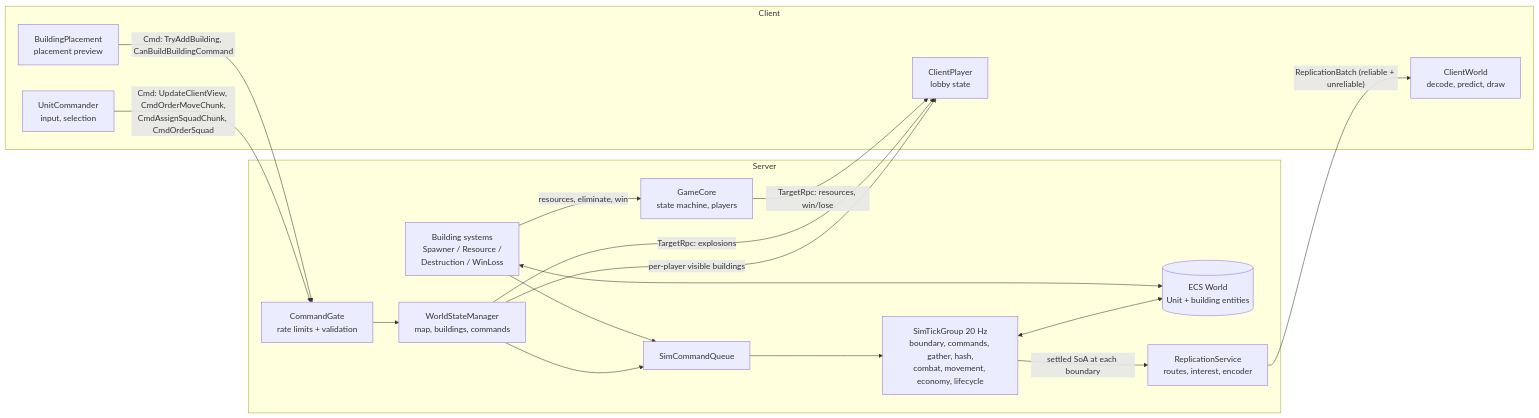
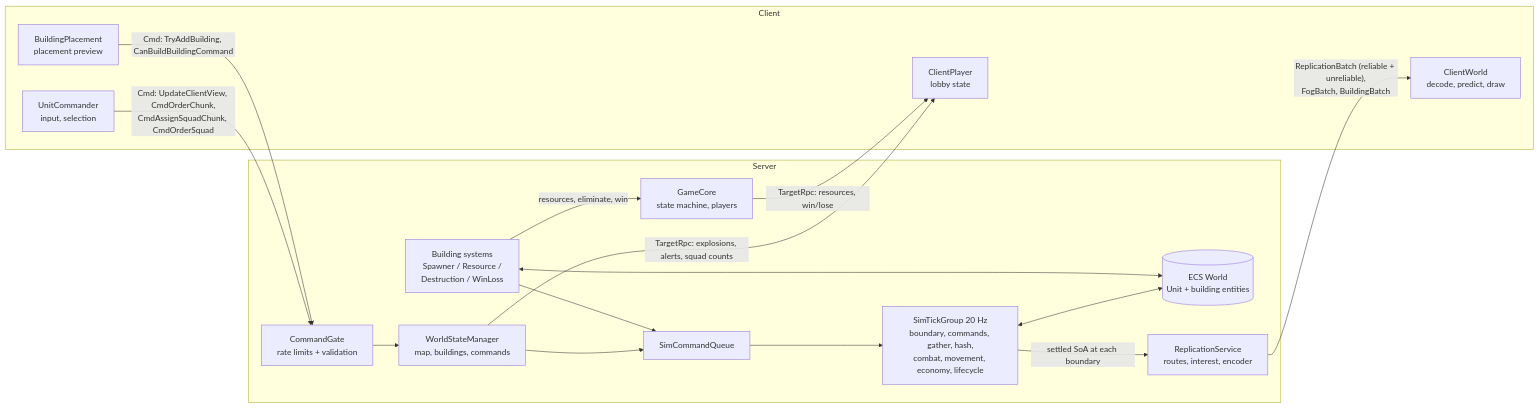
The first of 4 diagrams in docs/architecture.md (CoolCoder353/WAR-2D), drawn with Mermaid before and after one commit. The commit also changed other lines of this file and 30 other files, not shown here.

````diff
--- a/docs/architecture.md
+++ b/docs/architecture.md
@@ -12,33 +12,32 @@
 ```mermaid
 flowchart LR
     subgraph Client
         UC[UnitCommander<br/>input, selection]
         CW[ClientWorld<br/>decode, predict, draw]
         BBM[BuildingPlacement<br/>placement preview]
         CP_C[ClientPlayer<br/>lobby state]
     end
     subgraph Server
         GATE[CommandGate<br/>rate limits + validation]
         WSM[WorldStateManager<br/>map, buildings, commands]
         Q[SimCommandQueue]
         TICK[SimTickGroup 20 Hz<br/>boundary, commands, gather, hash,<br/>combat, movement, economy, lifecycle]
         ECS[(ECS World<br/>Unit + building entities)]
         REP[ReplicationService<br/>routes, interest, encoder]
         GC[GameCore<br/>state machine, players]
         SYS[Building systems<br/>Spawner / Resource /<br/>Destruction / WinLoss]
     end
-    UC -- "Cmd: UpdateClientView, CmdOrderMoveChunk,<br/>CmdAssignSquadChunk, CmdOrderSquad" --> GATE
+    UC -- "Cmd: UpdateClientView, CmdOrderChunk,<br/>CmdAssignSquadChunk, CmdOrderSquad" --> GATE
     BBM -- "Cmd: TryAddBuilding, CanBuildBuildingCommand" --> GATE
     GATE --> WSM
     WSM --> Q
     SYS --> Q
     Q --> TICK
     TICK <--> ECS
     SYS <--> ECS
     TICK -- "settled SoA at each boundary" --> REP
-    REP -- "ReplicationBatch (reliable + unreliable)" --> CW
-    WSM -- "per-player visible buildings" --> CP_C
-    WSM -- "TargetRpc: explosions" --> CP_C
+    REP -- "ReplicationBatch (reliable + unreliable),<br/>FogBatch, BuildingBatch" --> CW
+    WSM -- "TargetRpc: explosions, alerts, squad counts" --> CP_C
     SYS -- "resources, eliminate, win" --> GC
     GC -- "TargetRpc: resources, win/lose" --> CP_C
 ```
````
